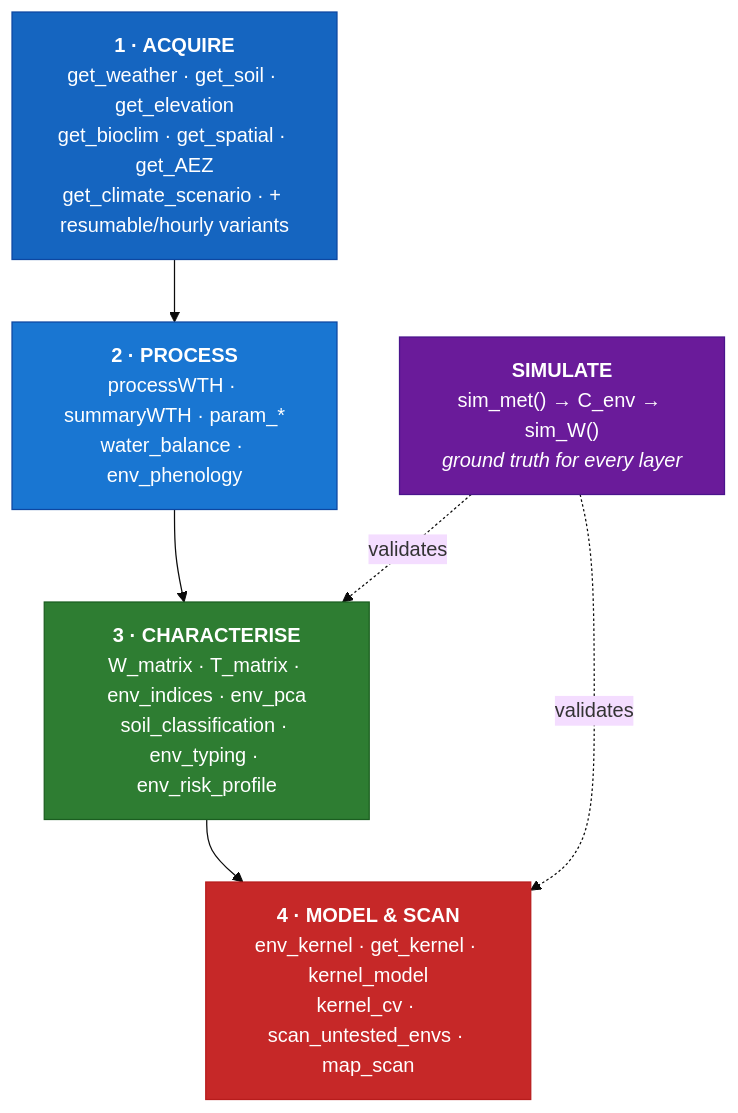
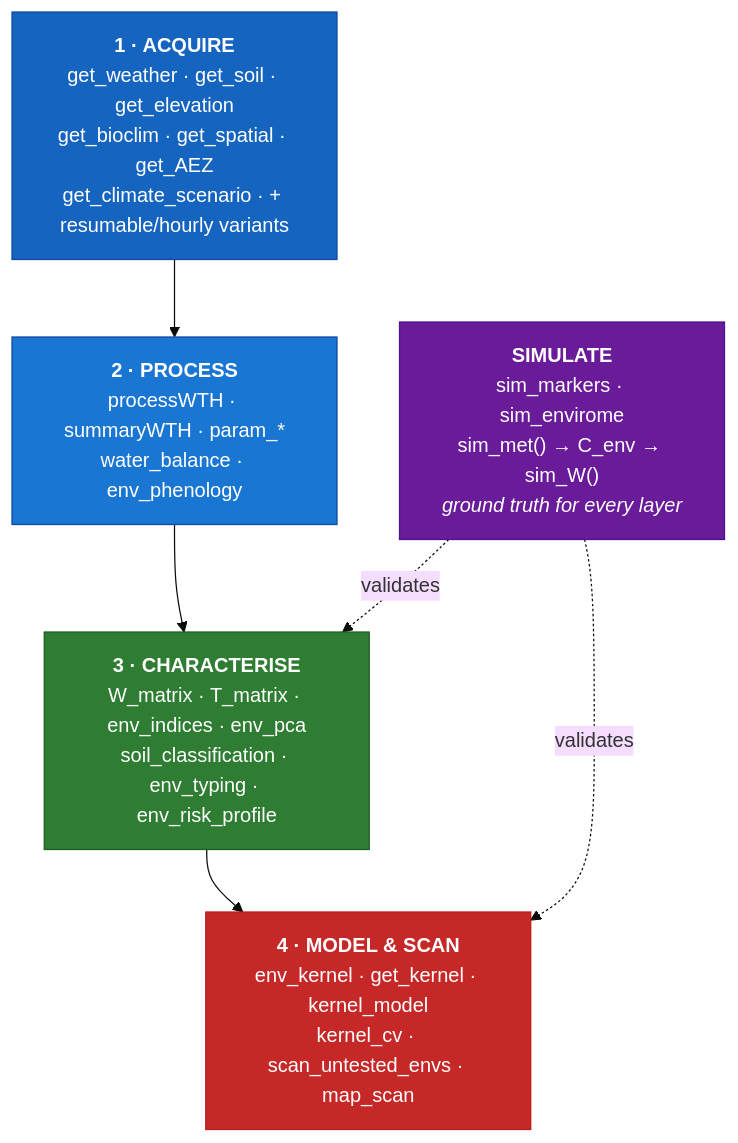
One commit to gcostaneto/EnvRtype changed the first of 5 diagrams in README.md. Above: the diagram before and after it, drawn with Mermaid (base theme). The commit also changed other lines of this file, not shown here.

Commit message:
edit README to include new functions and flowchart

````diff
--- a/README.md
+++ b/README.md
@@ -82,23 +82,23 @@
 ```mermaid
 flowchart TB
   L1["<b>1 · ACQUIRE</b><br/>get_weather · get_soil · get_elevation<br/>get_bioclim · get_spatial · get_AEZ<br/>get_climate_scenario · + resumable/hourly variants"]
   L2["<b>2 · PROCESS</b><br/>processWTH · summaryWTH · param_*<br/>water_balance · env_phenology"]
   L3["<b>3 · CHARACTERISE</b><br/>W_matrix · T_matrix · env_indices · env_pca<br/>soil_classification · env_typing · env_risk_profile"]
   L4["<b>4 · MODEL &amp; SCAN</b><br/>env_kernel · get_kernel · kernel_model<br/>kernel_cv · scan_untested_envs · map_scan"]
-  SIM["<b>SIMULATE</b><br/>sim_met() → C_env → sim_W()<br/><i>ground truth for every layer</i>"]
+  SIM["<b>SIMULATE</b><br/>sim_markers · sim_envirome<br/>sim_met() → C_env → sim_W()<br/><i>ground truth for every layer</i>"]
 
   L1 --> L2 --> L3 --> L4
   SIM -.->|"validates"| L3
   SIM -.->|"validates"| L4
 
   classDef l1 fill:#1565c0,stroke:#0d47a1,color:#fff
   classDef l2 fill:#1976d2,stroke:#0d47a1,color:#fff
   classDef l3 fill:#2e7d32,stroke:#1b5e20,color:#fff
   classDef l4 fill:#c62828,stroke:#b71c1c,color:#fff
   classDef sim fill:#6a1b9a,stroke:#4a148c,color:#fff
   class L1 l1
   class L2 l2
   class L3 l3
   class L4 l4
   class SIM sim
 ```
````
